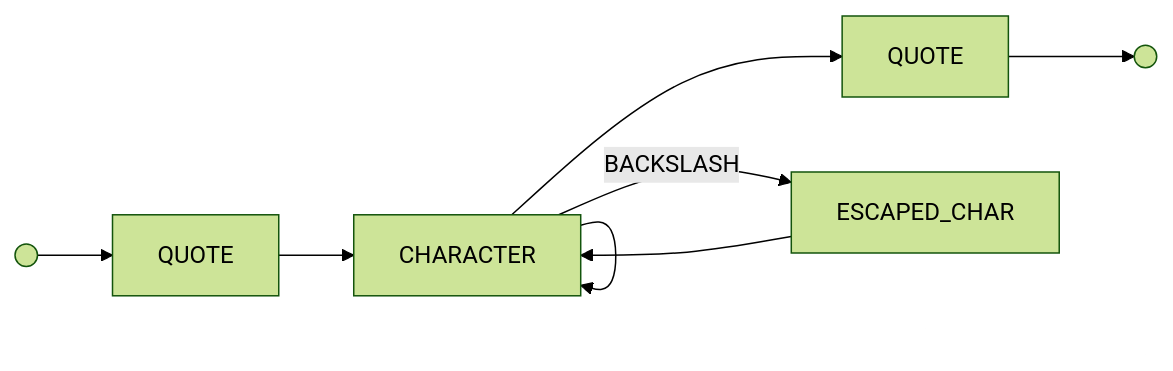
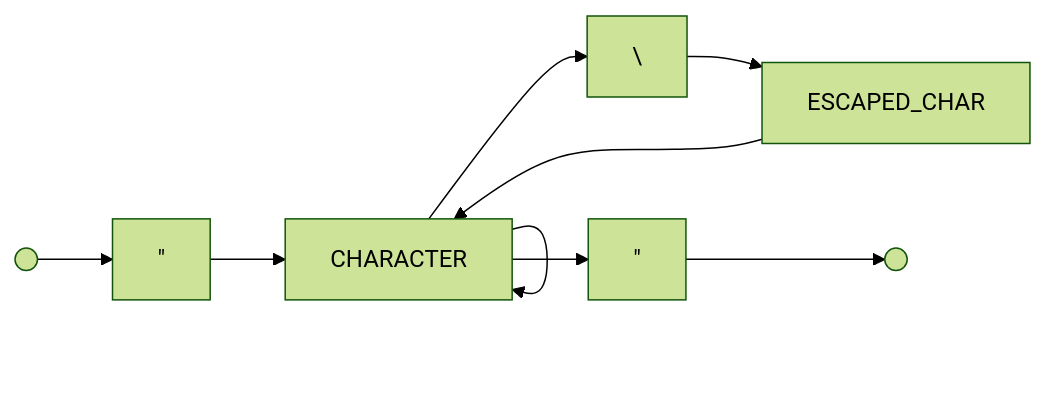
The fourth of 6 diagrams in json_grammar.md (e66head/json-parser), drawn with Mermaid (forest theme) before and after one commit. The commit also changed other lines of this file and 9 other files, not shown here.

````diff
--- a/json_grammar.md
+++ b/json_grammar.md
@@ -83,10 +141,10 @@
 ```mermaid
 graph LR
-    Start(( )) --> QUOTE1[QUOTE]
+    Start(( )) --> QUOTE1["&quot;"]
     QUOTE1 --> CHAR[CHARACTER]
-    CHAR --> QUOTE2[QUOTE]
+    CHAR --> BACKSLASH["\"] --> ESC[ESCAPED_CHAR]
+    ESC --> CHAR
+    CHAR --> QUOTE2["&quot;"]
     QUOTE2 --> End(( ))
-    CHAR -- BACKSLASH --> ESC[ESCAPED_CHAR]
-    ESC --> CHAR
     CHAR --> CHAR
 ```
````
